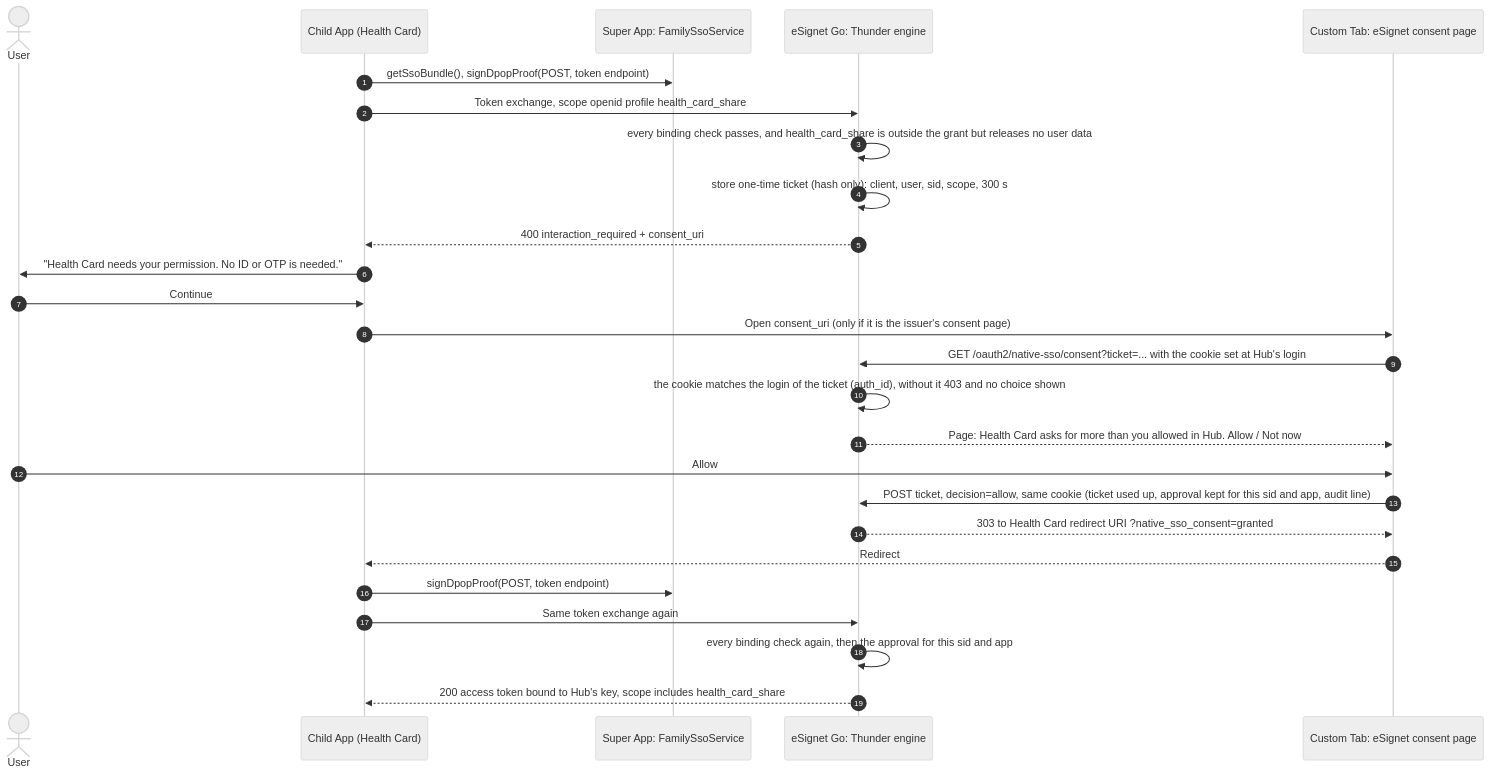
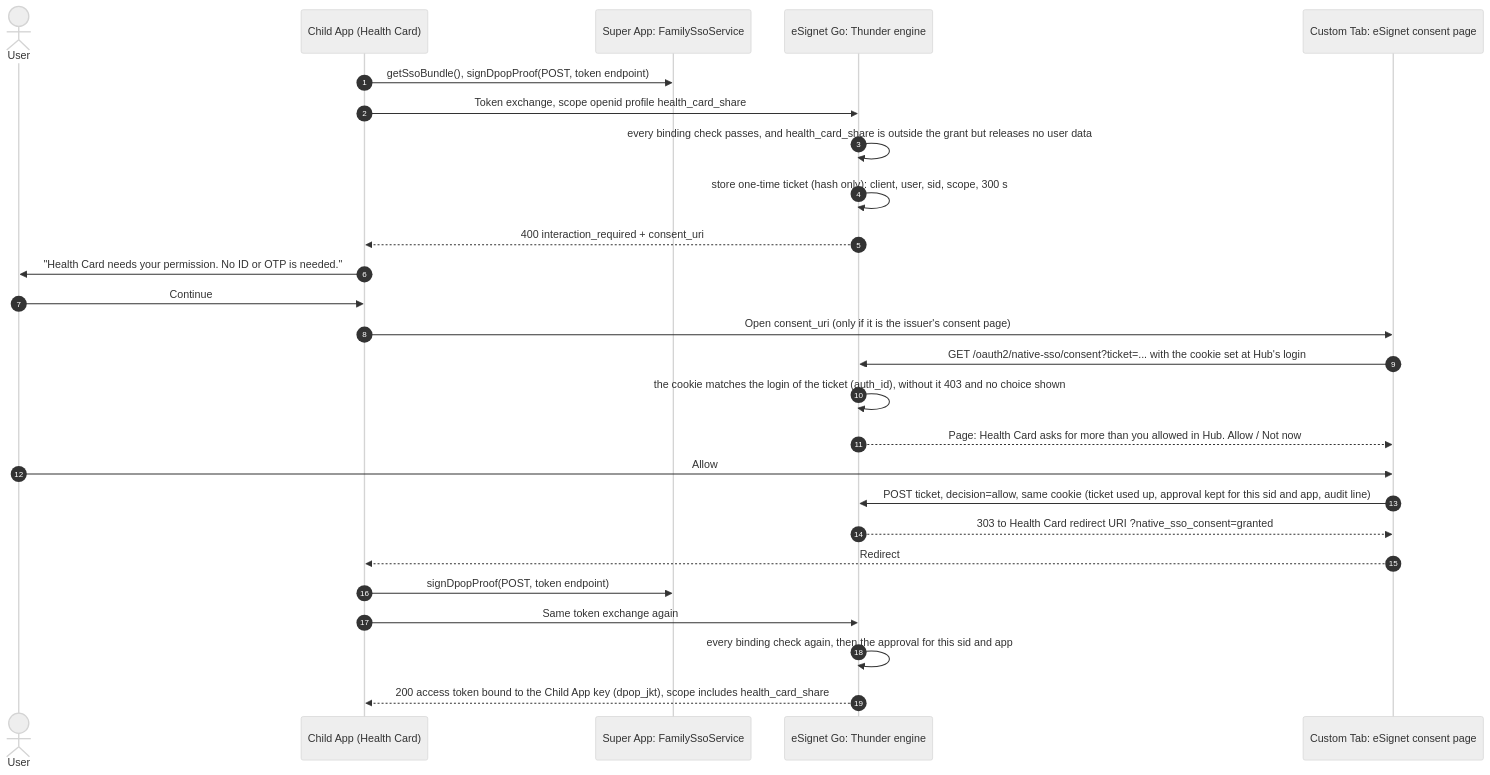
The fifth of 6 diagrams in docs/design.md (Paradox-73/Enable_Native_SSO_in_eSignet_Go_for_Mobile_Apps), drawn with Mermaid (neutral theme) before and after one commit. The commit also changed other lines of this file and 27 other files, not shown here.

````diff
--- a/docs/design.md
+++ b/docs/design.md
@@ -337,29 +340,29 @@
 ```mermaid
 sequenceDiagram
   autonumber
   actor U as User
   participant C as Child App (Health Card)
   participant H as Super App: FamilySsoService
   participant T as eSignet Go: Thunder engine
   participant B as Custom Tab: eSignet consent page
 
   C->>H: getSsoBundle(), signDpopProof(POST, token endpoint)
   C->>T: Token exchange, scope openid profile health_card_share
   T->>T: every binding check passes, and health_card_share is outside the grant but releases no user data
   T->>T: store one-time ticket (hash only): client, user, sid, scope, 300 s
   T-->>C: 400 interaction_required + consent_uri
   C->>U: "Health Card needs your permission. No ID or OTP is needed."
   U->>C: Continue
   C->>B: Open consent_uri (only if it is the issuer's consent page)
   B->>T: GET /oauth2/native-sso/consent?ticket=... with the cookie set at Hub's login
   T->>T: the cookie matches the login of the ticket (auth_id), without it 403 and no choice shown
   T-->>B: Page: Health Card asks for more than you allowed in Hub. Allow / Not now
   U->>B: Allow
   B->>T: POST ticket, decision=allow, same cookie (ticket used up, approval kept for this sid and app, audit line)
   T-->>B: 303 to Health Card redirect URI ?native_sso_consent=granted
   B-->>C: Redirect
   C->>H: signDpopProof(POST, token endpoint)
   C->>T: Same token exchange again
   T->>T: every binding check again, then the approval for this sid and app
-  T-->>C: 200 access token bound to Hub's key, scope includes health_card_share
+  T-->>C: 200 access token bound to the Child App key (dpop_jkt), scope includes health_card_share
 ```
````
